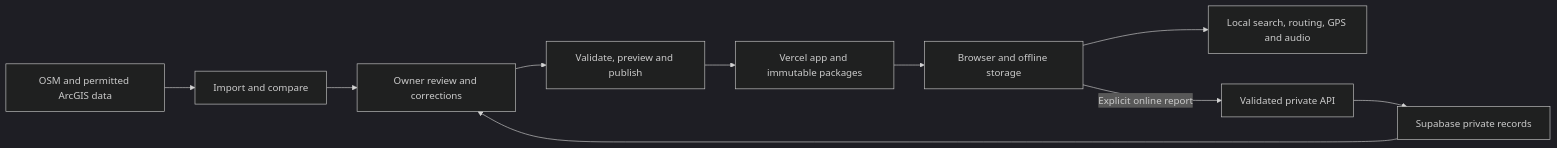
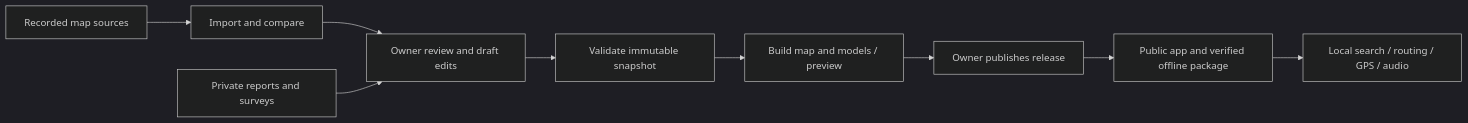
Before and after one commit to mrglasswillbreak/TurnRight: the diagram in README.md, drawn with Mermaid (dark theme). The commit also changed other lines of this file and 9 other files, not shown here.

````diff
--- a/README.md
+++ b/README.md
@@ -169,12 +241,11 @@
 ```mermaid
 flowchart LR
-    Sources[OSM and permitted ArcGIS data] --> Imports[Import and compare]
-    Imports --> Review[Owner review and corrections]
-    Review --> Release[Validate, preview and publish]
-    Release --> CDN[Vercel app and immutable packages]
-    CDN --> Device[Browser and offline storage]
-    Device --> Local[Local search, routing, GPS and audio]
-    Device -->|Explicit online report| API[Validated private API]
-    API --> Admin[Supabase private records]
-    Admin --> Review
+    Sources[Recorded map sources] --> Import[Import and compare]
+    Import --> Editor[Owner review and draft edits]
+    Editor --> Snapshot[Validate immutable snapshot]
+    Snapshot --> Preview[Build map and models / preview]
+    Preview --> Publish[Owner publishes release]
+    Publish --> App[Public app and verified offline package]
+    App --> Device[Local search / routing / GPS / audio]
+    Reports[Private reports and surveys] --> Editor
 ```
````
